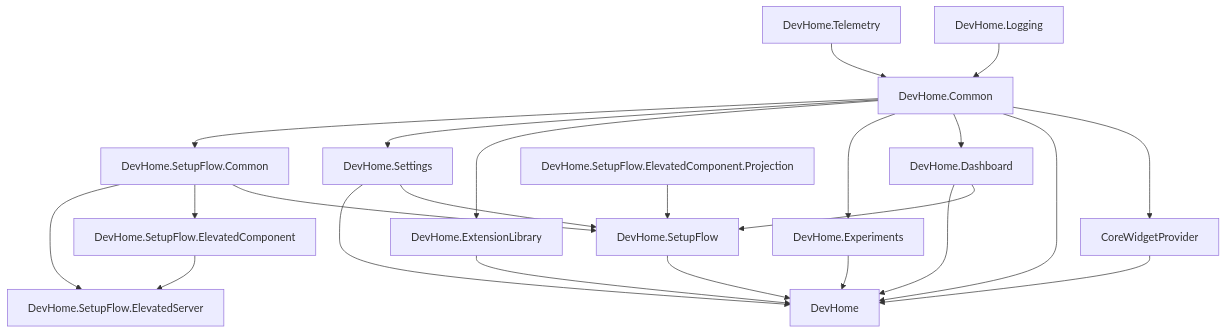
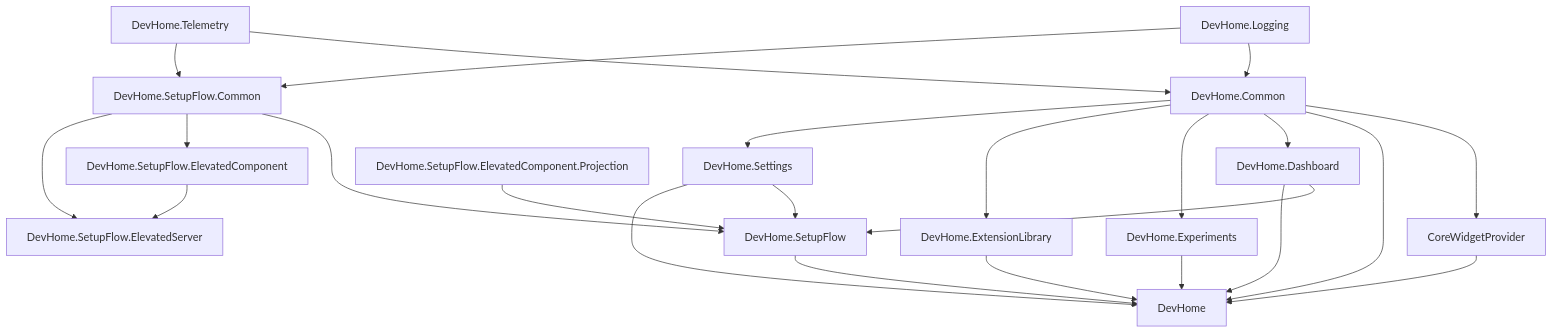
The diagram in docs/architecture.md (microsoft/devhome), drawn with Mermaid before and after one commit. The commit also changed other lines of this file, not shown here.

````diff
--- a/docs/architecture.md
+++ b/docs/architecture.md
@@ -11,25 +14,26 @@
 ```mermaid
 graph TD;
     DevHome.Logging-->DevHome.Common;
     DevHome.Telemetry-->DevHome.Common;
     DevHome.Common-->CoreWidgetProvider;
     DevHome.Common-->DevHome;
     DevHome.Common-->DevHome.Dashboard;
     DevHome.Common-->DevHome.Experiments;
     DevHome.Common-->DevHome.ExtensionLibrary;
     DevHome.Common-->DevHome.Settings;
-    DevHome.Common-->DevHome.SetupFlow.Common;
+    DevHome.Logging-->DevHome.SetupFlow.Common;
+    DevHome.Telemetry-->DevHome.SetupFlow.Common;
     DevHome.SetupFlow.Common-->DevHome.SetupFlow;
     DevHome.SetupFlow.Common-->DevHome.SetupFlow.ElevatedComponent;
     DevHome.SetupFlow.Common-->DevHome.SetupFlow.ElevatedServer;
     DevHome.SetupFlow.ElevatedComponent-->DevHome.SetupFlow.ElevatedServer;
     DevHome.SetupFlow.ElevatedComponent.Projection-->DevHome.SetupFlow;
     DevHome.Dashboard-->DevHome.SetupFlow;
     DevHome.Settings-->DevHome.SetupFlow;
     CoreWidgetProvider-->DevHome;
     DevHome.Dashboard-->DevHome;
     DevHome.Experiments-->DevHome;
     DevHome.ExtensionLibrary-->DevHome;
     DevHome.Settings-->DevHome;
     DevHome.SetupFlow-->DevHome;
 ```
````
